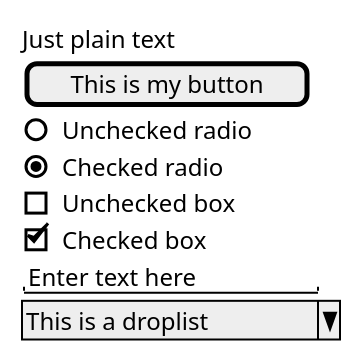
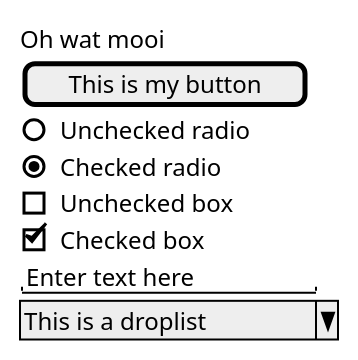
The diagram in src/main/docs/uml/use-case/restaurant/WireFrames/demo.puml (mrjink/molveno), drawn with PlantUML before and after one commit. The commit also changed 7 other files, not shown here.

```diff
--- a/src/main/docs/uml/use-case/restaurant/WireFrames/demo.puml
+++ b/src/main/docs/uml/use-case/restaurant/WireFrames/demo.puml
@@ -1,13 +1,13 @@
 @startuml
 salt
 {
-  Just plain text
+  Oh wat mooi
   [This is my button]
   ()  Unchecked radio
   (X) Checked radio
   []  Unchecked box
   [X] Checked box
   "Enter text here   "
   ^This is a droplist^
 }
 @enduml
```
